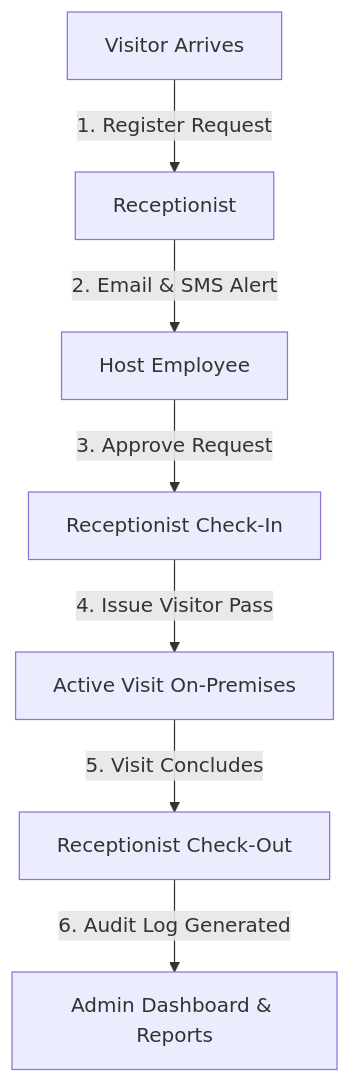
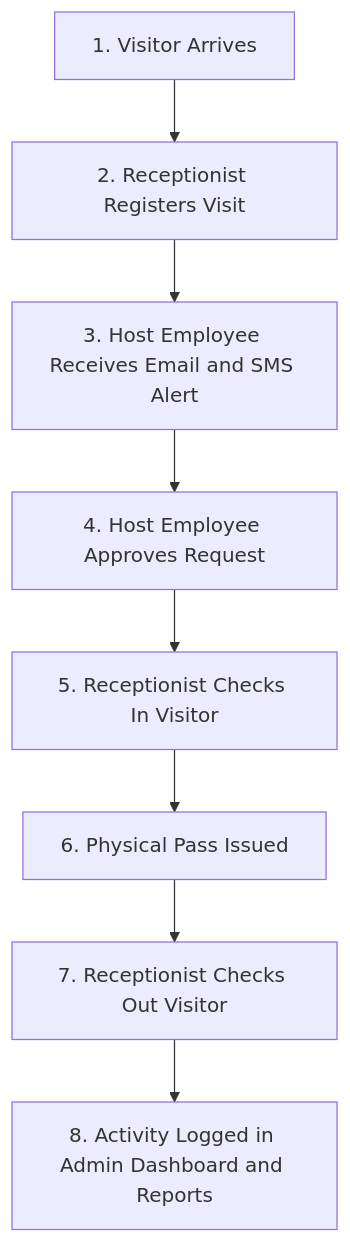
The diagram in README.md (sheshathrik/Visitor-Pass-Management-), drawn with Mermaid before and after one commit.

Commit message:
Fix Mermaid diagram with standard graph TD syntax

````diff
--- a/README.md
+++ b/README.md
@@ -37,9 +37,10 @@
 ```mermaid
-flowchart TD
-    A["Visitor Arrives"] -->|"1. Register Request"| B["Receptionist"]
-    B -->|"2. Email & SMS Alert"| C["Host Employee"]
-    C -->|"3. Approve Request"| D["Receptionist Check-In"]
-    D -->|"4. Issue Visitor Pass"| E["Active Visit On-Premises"]
-    E -->|"5. Visit Concludes"| F["Receptionist Check-Out"]
-    F -->|"6. Audit Log Generated"| G["Admin Dashboard & Reports"]
+graph TD
+    A[1. Visitor Arrives] --> B[2. Receptionist Registers Visit]
+    B --> C[3. Host Employee Receives Email and SMS Alert]
+    C --> D[4. Host Employee Approves Request]
+    D --> E[5. Receptionist Checks In Visitor]
+    E --> F[6. Physical Pass Issued]
+    F --> G[7. Receptionist Checks Out Visitor]
+    G --> H[8. Activity Logged in Admin Dashboard and Reports]
 ```
````
